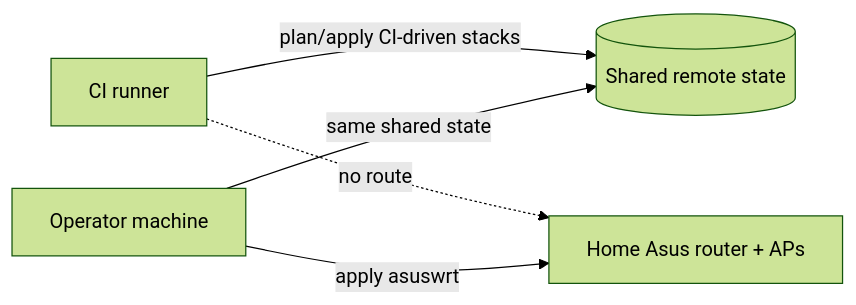
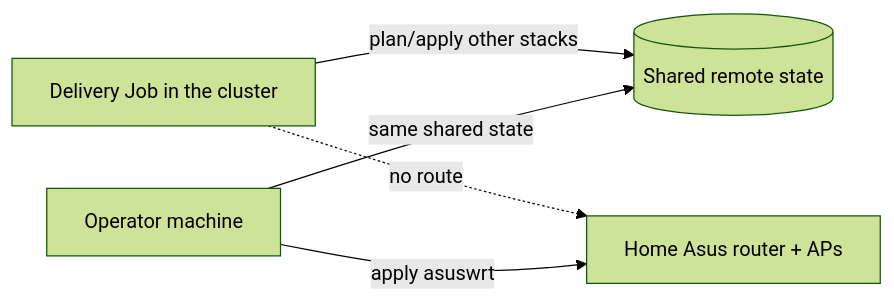
One commit to shepherdjerred/monorepo changed the diagram in packages/docs/wiki/src/content/docs/explanation/homelab/asuswrt-local-apply.md. Above: the diagram before and after it, drawn with Mermaid (forest theme). The commit also changed other lines of this file and 15 other files, not shown here.

First line of the commit message:
docs(homelab): describe OpenTofu stacks as synthesized TypeScript

````diff
--- a/packages/docs/wiki/src/content/docs/explanation/homelab/asuswrt-local-apply.md
+++ b/packages/docs/wiki/src/content/docs/explanation/homelab/asuswrt-local-apply.md
@@ -15,15 +15,15 @@
 ```mermaid
 flowchart LR
-    accTitle: Where the asuswrt stack is applied versus the CI-driven Tofu stacks
-    accDescr: CI applies the CI-driven Tofu stacks to the shared remote state but has no route to the home LAN devices; an operator machine that can reach both the LAN and the state backend applies the asuswrt stack to the same shared state.
+    accTitle: Where the asuswrt stack is applied versus the stacks Delivery applies
+    accDescr: Delivery Jobs in the cluster plan and apply the other stacks against the shared remote state but have no route to the home LAN devices; an operator machine that can reach both the LAN and the state backend applies the asuswrt stack to the same shared state.
 
-    ci[CI runner]
+    ci[Delivery Job in the cluster]
     state[(Shared remote state)]
     router[Home Asus router + APs]
     operator[Operator machine]
 
-    ci -->|plan/apply CI-driven stacks| state
+    ci -->|plan/apply other stacks| state
     ci -.->|no route| router
     operator -->|apply asuswrt| router
     operator -->|same shared state| state
 ```
````
